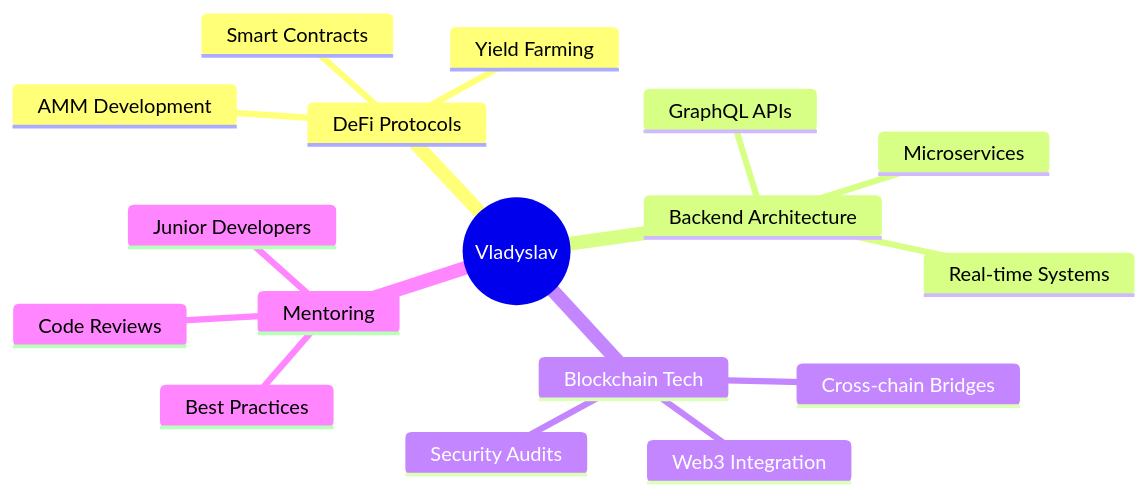
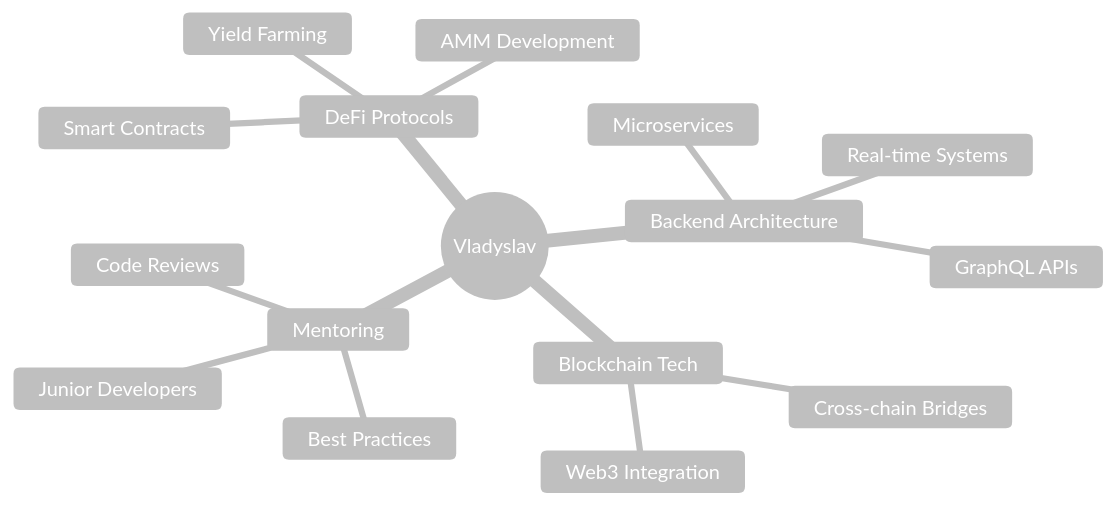
The diagram in README.md (Aciila/Aciila), drawn with Mermaid before and after one commit. The commit also changed other lines of this file, not shown here.

Commit message:
docs: update skills and mindmap styling, remove 2024 goals section

````diff
--- a/README.md
+++ b/README.md
@@ -111,20 +111,20 @@
 ```mermaid
+%%{init: {'theme':'base', 'themeVariables': { 'primaryColor': '#ffffff', 'primaryTextColor': '#ffffff', 'primaryBorderColor': '#ffffff', 'lineColor': '#ffffff', 'sectionBkgColor': '#1a1a1a', 'altSectionBkgColor': '#2a2a2a', 'gridColor': '#ffffff', 'textColor': '#ffffff', 'secondaryColor': '#ffffff', 'tertiaryColor': '#ffffff', 'background': '#0d1117', 'secondaryTextColor': '#ffffff'}}}%%
 mindmap
   root((Vladyslav))
     DeFi Protocols
       Smart Contracts
       Yield Farming
       AMM Development
     Backend Architecture
       Microservices
       GraphQL APIs
       Real-time Systems
     Blockchain Tech
       Web3 Integration
       Cross-chain Bridges
-      Security Audits
     Mentoring
       Junior Developers
       Code Reviews
       Best Practices
 ```
````
